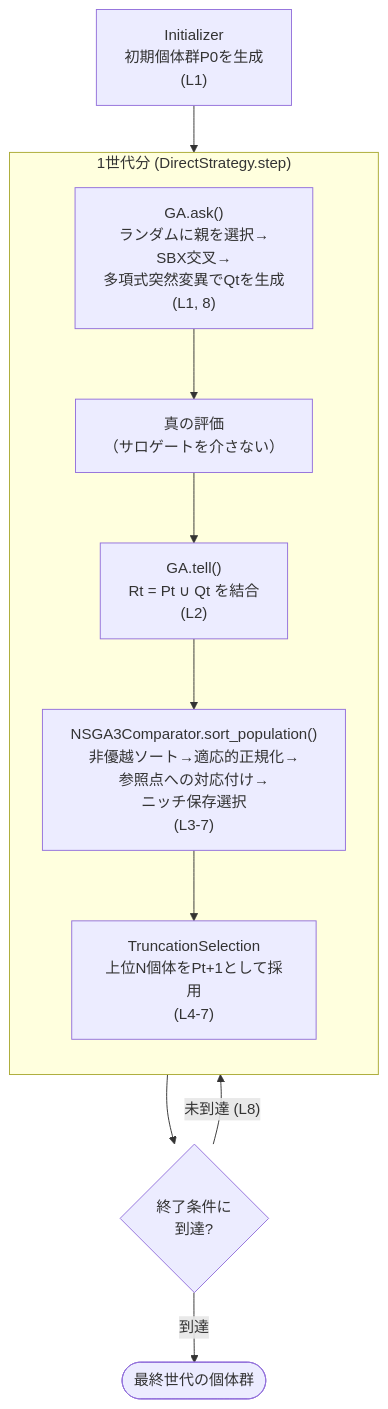
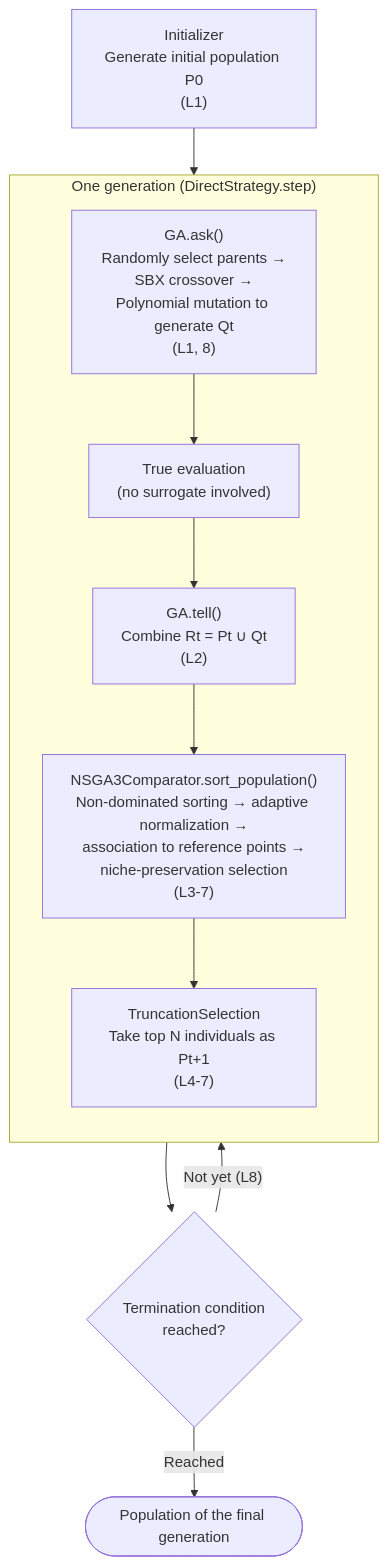
Before and after one commit to shlka/saealib: the diagram in docs/algorithms/nsga3.md, drawn with Mermaid. The commit also changed other lines of this file and 50 other files, not shown here.

````diff
--- a/docs/algorithms/nsga3.md
+++ b/docs/algorithms/nsga3.md
@@ -42,14 +42,14 @@
 ```{mermaid}
 flowchart TD
-    INIT["Initializer<br/>初期個体群P0を生成<br/>(L1)"] --> GEN
-    subgraph GEN["1世代分 (DirectStrategy.step)"]
+    INIT["Initializer<br/>Generate initial population P0<br/>(L1)"] --> GEN
+    subgraph GEN["One generation (DirectStrategy.step)"]
         direction TB
-        ASK["GA.ask()<br/>ランダムに親を選択→<br/>SBX交叉→<br/>多項式突然変異でQtを生成<br/>(L1, 8)"] --> EVAL["真の評価<br/>（サロゲートを介さない）"]
-        EVAL --> COMB["GA.tell()<br/>Rt = Pt ∪ Qt を結合<br/>(L2)"]
-        COMB --> SORT["NSGA3Comparator.sort_population()<br/>非優越ソート→適応的正規化→<br/>参照点への対応付け→<br/>ニッチ保存選択<br/>(L3-7)"]
-        SORT --> TRUNC["TruncationSelection<br/>上位N個体をPt+1として採用<br/>(L4-7)"]
+        ASK["GA.ask()<br/>Randomly select parents →<br/>SBX crossover →<br/>Polynomial mutation to generate Qt<br/>(L1, 8)"] --> EVAL["True evaluation<br/>(no surrogate involved)"]
+        EVAL --> COMB["GA.tell()<br/>Combine Rt = Pt ∪ Qt<br/>(L2)"]
+        COMB --> SORT["NSGA3Comparator.sort_population()<br/>Non-dominated sorting → adaptive normalization →<br/>association to reference points →<br/>niche-preservation selection<br/>(L3-7)"]
+        SORT --> TRUNC["TruncationSelection<br/>Take top N individuals as Pt+1<br/>(L4-7)"]
     end
-    GEN --> TERM{"終了条件に<br/>到達?"}
-    TERM -- "未到達 (L8)" --> GEN
-    TERM -- "到達" --> RESULT(["最終世代の個体群"])
+    GEN --> TERM{"Termination condition<br/>reached?"}
+    TERM -- "Not yet (L8)" --> GEN
+    TERM -- "Reached" --> RESULT(["Population of the final generation"])
 ```
````
